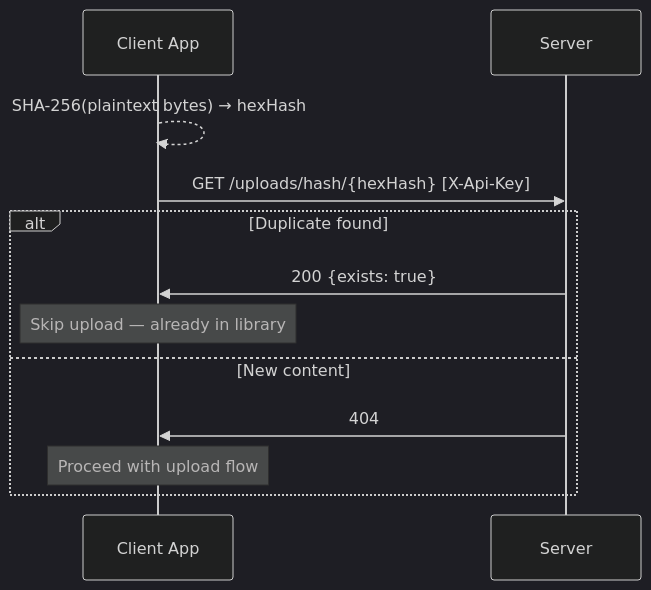
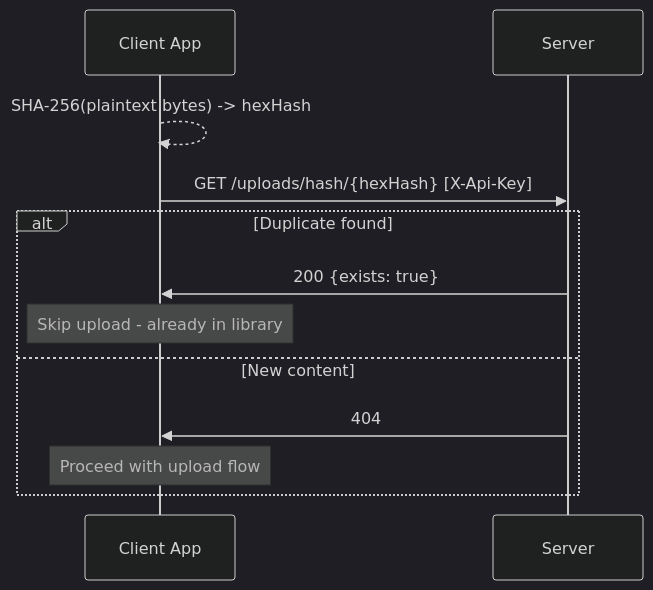
Before and after one commit to bacalv/Heirlooms: the sixth of 6 diagrams in docs/specs/garden-explore.md, drawn with Mermaid (dark theme). The commit also changed other lines of this file and 9 other files, not shown here.

First line of the commit message:
docs: fix Mermaid v11 syntax across all spec and testing diagrams

````diff
--- a/docs/specs/garden-explore.md
+++ b/docs/specs/garden-explore.md
@@ -122,16 +122,16 @@
 ```mermaid
 sequenceDiagram
     participant App as Client App
     participant S as Server
 
-    App-->>App: SHA-256(plaintext bytes) → hexHash
+    App-->>App: SHA-256(plaintext bytes) -> hexHash
 
     App->>S: GET /uploads/hash/{hexHash} [X-Api-Key]
     alt Duplicate found
         S->>App: 200 {exists: true}
-        Note over App: Skip upload — already in library
+        Note over App: Skip upload - already in library
     else New content
         S->>App: 404
         Note over App: Proceed with upload flow
     end
 ```
````
